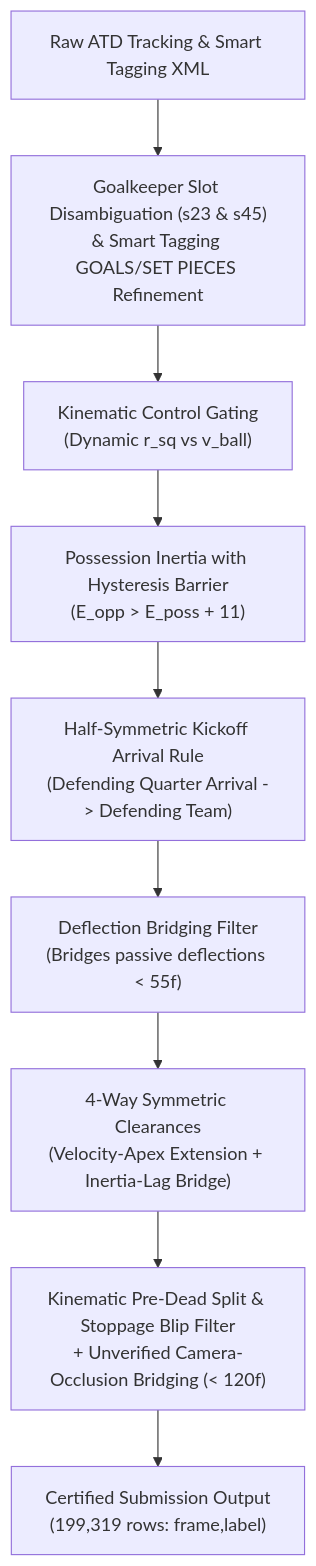
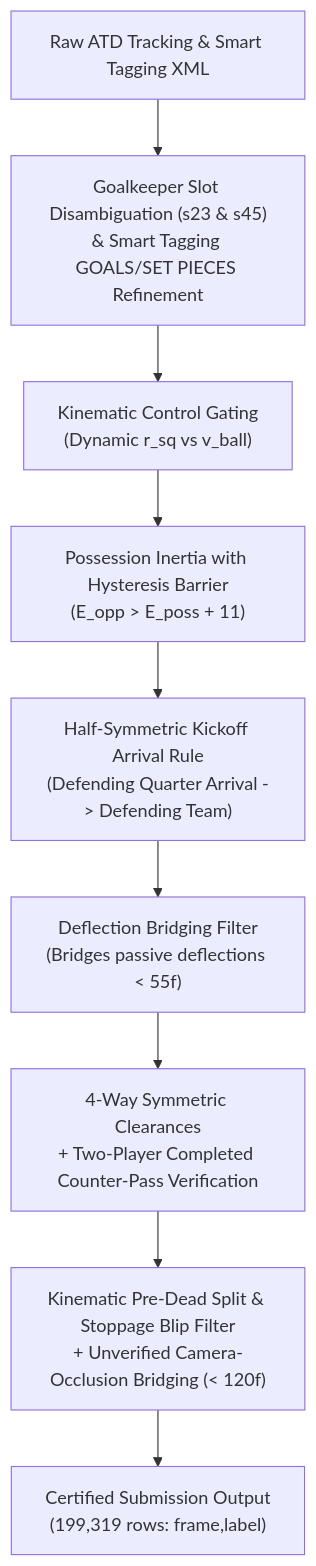
The diagram in APPROACH.md (jperera96/football-possession-algorithms), drawn with Mermaid before and after one commit. The commit also changed other lines of this file and 6 other files, not shown here.

Commit message:
feat(engine): add two-player completed counter-pass verification and video subtitle diagnostic tool (spellF1 0.9375, macroF1 0.9695)

````diff
--- a/APPROACH.md
+++ b/APPROACH.md
@@ -45,11 +45,11 @@
 ```mermaid
 flowchart TD
     A["Raw ATD Tracking & Smart Tagging XML"] --> B["Goalkeeper Slot Disambiguation (s23 & s45)<br/>& Smart Tagging GOALS/SET PIECES Refinement"]
     B --> C["Kinematic Control Gating<br/>(Dynamic r_sq vs v_ball)"]
     C --> D["Possession Inertia with Hysteresis Barrier<br/>(E_opp > E_poss + 11)"]
     D --> E["Half-Symmetric Kickoff Arrival Rule<br/>(Defending Quarter Arrival -> Defending Team)"]
     E --> F["Deflection Bridging Filter<br/>(Bridges passive deflections < 55f)"]
-    F --> G["4-Way Symmetric Clearances<br/>(Velocity-Apex Extension + Inertia-Lag Bridge)"]
+    F --> G["4-Way Symmetric Clearances<br/>+ Two-Player Completed Counter-Pass Verification"]
     G --> H["Kinematic Pre-Dead Split & Stoppage Blip Filter<br/>+ Unverified Camera-Occlusion Bridging (< 120f)"]
     H --> I["Certified Submission Output<br/>(199,319 rows: frame,label)"]
 ```
````
